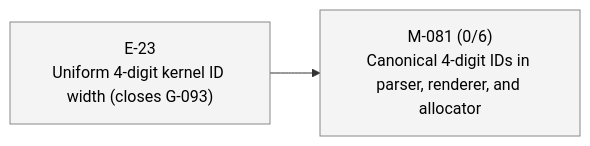
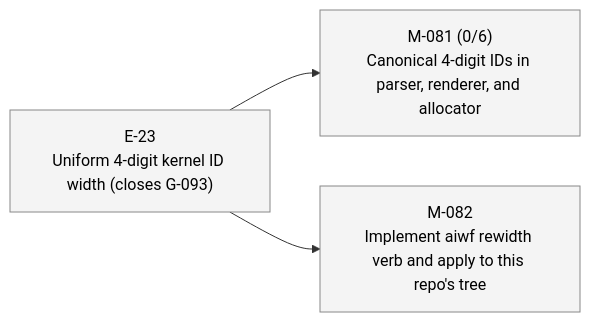
Before and after one commit to 23min/aiwf: the second of 2 diagrams in STATUS.md, drawn with Mermaid. The commit also changed other lines of this file and 1 other file, not shown here.

First line of the commit message:
aiwf add milestone M-082 "Implement aiwf rewidth verb and apply to this repo's tree"

````diff
--- a/STATUS.md
+++ b/STATUS.md
@@ -45,12 +46,14 @@
 ```mermaid
 flowchart LR
   E_23["E-23<br/>Uniform 4-digit kernel ID width (closes G-093)"]:::epic_proposed
   M_081["M-081 (0/6)<br/>Canonical 4-digit IDs in parser, renderer, and allocator"]:::ms_draft
   E_23 --> M_081
+  M_082["M-082<br/>Implement aiwf rewidth verb and apply to this repo's tree"]:::ms_draft
+  E_23 --> M_082
   classDef epic_active fill:#d6eaff,stroke:#1a73e8,color:#000
   classDef epic_proposed fill:#f4f4f4,stroke:#888,color:#000
   classDef ms_done fill:#d8f5d8,stroke:#2a8a2a,color:#000
   classDef ms_in_progress fill:#fff3c4,stroke:#caa400,color:#000
   classDef ms_draft fill:#f4f4f4,stroke:#888,color:#000
   classDef ms_cancelled fill:#fbeaea,stroke:#c33,color:#000
 ```
````
